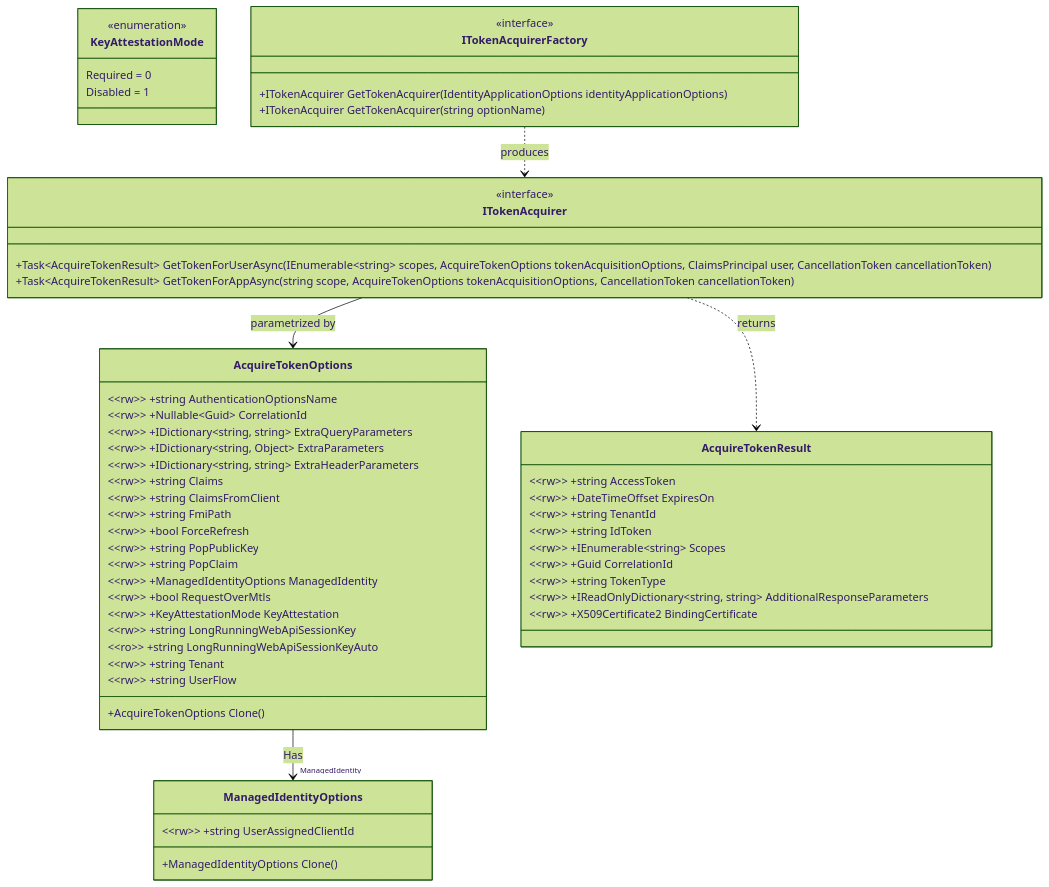
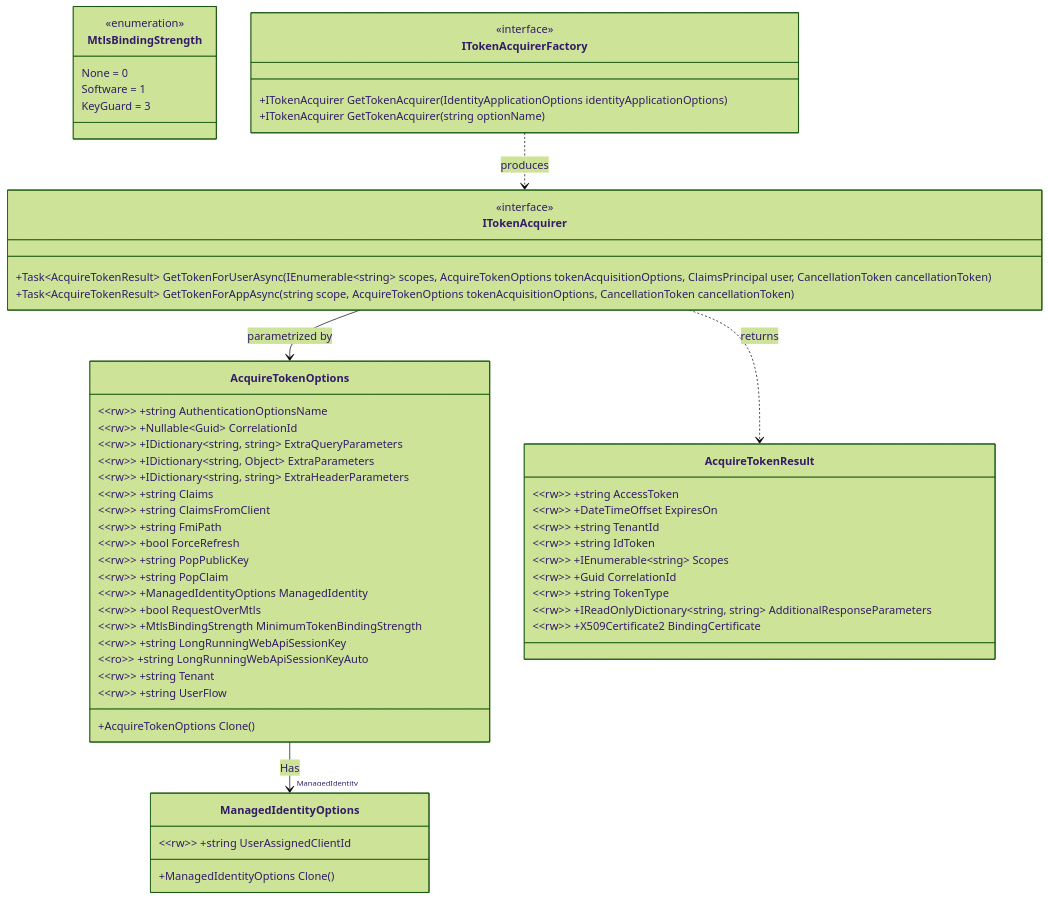
The fifth of 7 diagrams in README.md (AzureAD/microsoft-identity-abstractions-for-dotnet), drawn with Mermaid (forest theme) before and after one commit. The commit also changed other lines of this file and 11 other files, not shown here.

First line of the commit message:
Align managed identity mTLS options with minimum binding strength

````diff
--- a/README.md
+++ b/README.md
@@ -483,57 +527,58 @@
 ```mermaid
 classDiagram
    class AcquireTokenOptions {
     +AcquireTokenOptions Clone()
     &lt;&lt;rw&gt;&gt; +string AuthenticationOptionsName
     &lt;&lt;rw&gt;&gt; +Nullable&lt;Guid&gt; CorrelationId
     &lt;&lt;rw&gt;&gt; +IDictionary&lt;string, string&gt; ExtraQueryParameters
     &lt;&lt;rw&gt;&gt; +IDictionary&lt;string, Object&gt; ExtraParameters
     &lt;&lt;rw&gt;&gt; +IDictionary&lt;string, string&gt; ExtraHeaderParameters
     &lt;&lt;rw&gt;&gt; +string Claims
     &lt;&lt;rw&gt;&gt; +string ClaimsFromClient
     &lt;&lt;rw&gt;&gt; +string FmiPath
     &lt;&lt;rw&gt;&gt; +bool ForceRefresh
     &lt;&lt;rw&gt;&gt; +string PopPublicKey
     &lt;&lt;rw&gt;&gt; +string PopClaim
     &lt;&lt;rw&gt;&gt; +ManagedIdentityOptions ManagedIdentity
     &lt;&lt;rw&gt;&gt; +bool RequestOverMtls
-    &lt;&lt;rw&gt;&gt; +KeyAttestationMode KeyAttestation
+    &lt;&lt;rw&gt;&gt; +MtlsBindingStrength MinimumTokenBindingStrength
     &lt;&lt;rw&gt;&gt; +string LongRunningWebApiSessionKey
     &lt;&lt;ro&gt;&gt; +string LongRunningWebApiSessionKeyAuto
     &lt;&lt;rw&gt;&gt; +string Tenant
     &lt;&lt;rw&gt;&gt; +string UserFlow
     }
-    class KeyAttestationMode {
+    class MtlsBindingStrength {
     <<enumeration>>
-    Required = 0
-    Disabled = 1
+    None = 0
+    Software = 1
+    KeyGuard = 3
     }
     class AcquireTokenResult {
     &lt;&lt;rw&gt;&gt; +string AccessToken
     &lt;&lt;rw&gt;&gt; +DateTimeOffset ExpiresOn
     &lt;&lt;rw&gt;&gt; +string TenantId
     &lt;&lt;rw&gt;&gt; +string IdToken
     &lt;&lt;rw&gt;&gt; +IEnumerable&lt;string&gt; Scopes
     &lt;&lt;rw&gt;&gt; +Guid CorrelationId
     &lt;&lt;rw&gt;&gt; +string TokenType
     &lt;&lt;rw&gt;&gt; +IReadOnlyDictionary&lt;string, string&gt; AdditionalResponseParameters
     &lt;&lt;rw&gt;&gt; +X509Certificate2 BindingCertificate
     }
     class ITokenAcquirer { <<interface>>
     +Task&lt;AcquireTokenResult&gt; GetTokenForUserAsync(IEnumerable&lt;string&gt; scopes, AcquireTokenOptions tokenAcquisitionOptions, ClaimsPrincipal user, CancellationToken cancellationToken)
     +Task&lt;AcquireTokenResult&gt; GetTokenForAppAsync(string scope, AcquireTokenOptions tokenAcquisitionOptions, CancellationToken cancellationToken)
     }
     class ITokenAcquirerFactory { <<interface>>
     +ITokenAcquirer GetTokenAcquirer(IdentityApplicationOptions identityApplicationOptions)
     +ITokenAcquirer GetTokenAcquirer(string optionName)
     }
     class ManagedIdentityOptions {
     +ManagedIdentityOptions Clone()
     &lt;&lt;rw&gt;&gt; +string UserAssignedClientId
     }
 
    ITokenAcquirerFactory ..> ITokenAcquirer : produces
    ITokenAcquirer -->  AcquireTokenOptions : parametrized by
    AcquireTokenOptions --> "ManagedIdentity" ManagedIdentityOptions : Has
    ITokenAcquirer ..>  AcquireTokenResult : returns
 ```
````
